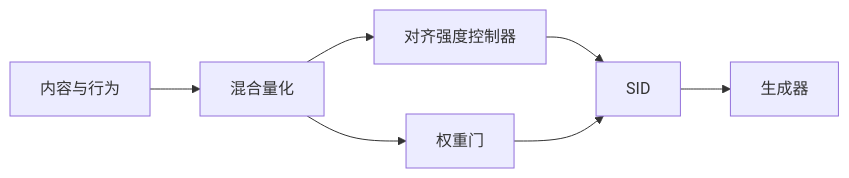
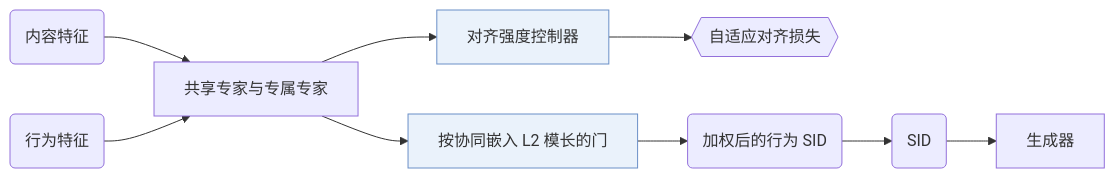
The diagram in notes/zh/adc-sid.md (Galaxy-ghost/Awesome-SID-Generative-Rec), drawn with Mermaid before and after one commit. The commit also changed 521 other files, not shown here.

Commit message:
writer-04 part 3: algorithm diagrams with shared shape conventions, README hero and paper cards, archive removed

````diff
--- a/notes/zh/adc-sid.md
+++ b/notes/zh/adc-sid.md
@@ -13,9 +13,12 @@
 ```mermaid
 flowchart LR
-    A[内容与行为] --> B[混合量化]
-    B --> C[对齐强度控制器]
-    B --> D[权重门]
-    C --> E[SID]
-    D --> E
-    E --> F[生成器]
+    A("内容特征") --> M["共享专家与专属专家"]
+    B("行为特征") --> M
+    M --> C["对齐强度控制器"]:::key
+    M --> D["按协同嵌入 L2 模长的门"]:::key
+    C --> L1{{"自适应对齐损失"}}
+    D --> W("加权后的行为 SID")
+    W --> E("SID")
+    E --> G["生成器"]
+    classDef key fill:#eaf2fb,stroke:#6b8fc7
 ```
````
